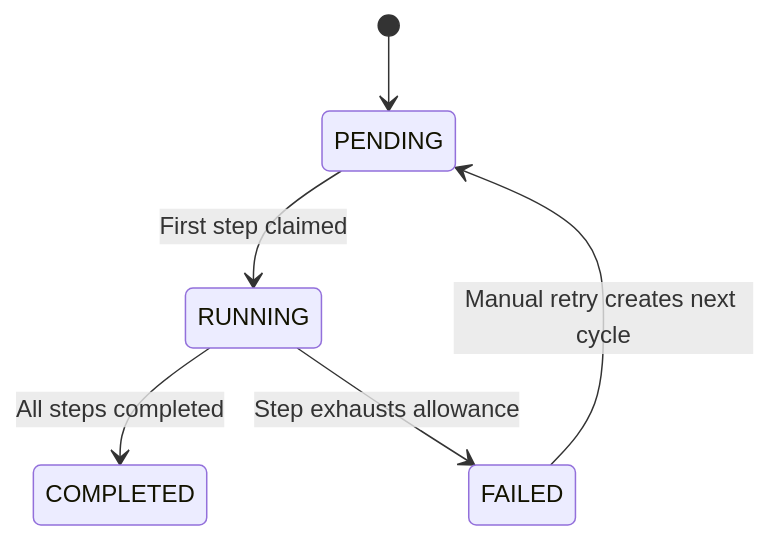
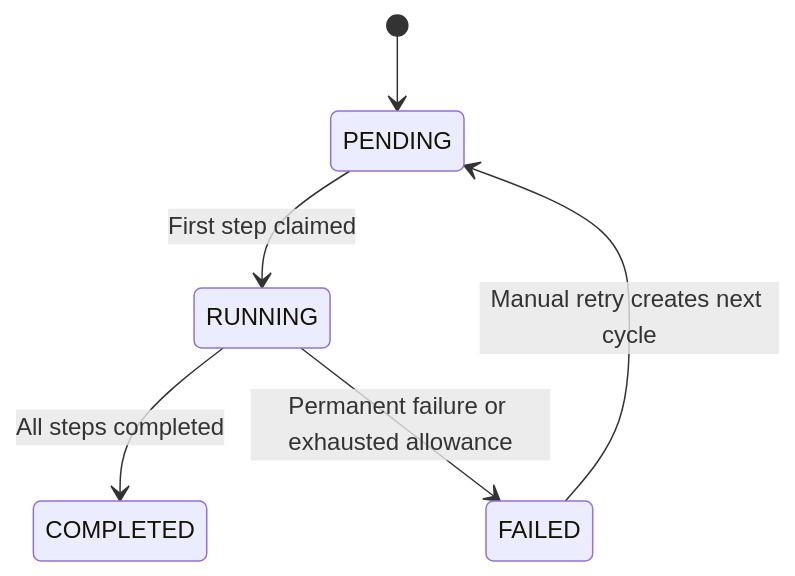
The fourth of 6 diagrams in DESIGN.md (hzj112/dwe), drawn with Mermaid before and after one commit. The commit also changed other lines of this file, not shown here.

Commit message:
docs: define handler contract and execution API schema

````diff
--- a/DESIGN.md
+++ b/DESIGN.md
@@ -246,8 +533,8 @@
 ```mermaid
 stateDiagram-v2
     [*] --> PENDING
     PENDING --> RUNNING: First step claimed
     RUNNING --> COMPLETED: All steps completed
-    RUNNING --> FAILED: Step exhausts allowance
+    RUNNING --> FAILED: Permanent failure or exhausted allowance
     FAILED --> PENDING: Manual retry creates next cycle
 ```
````
